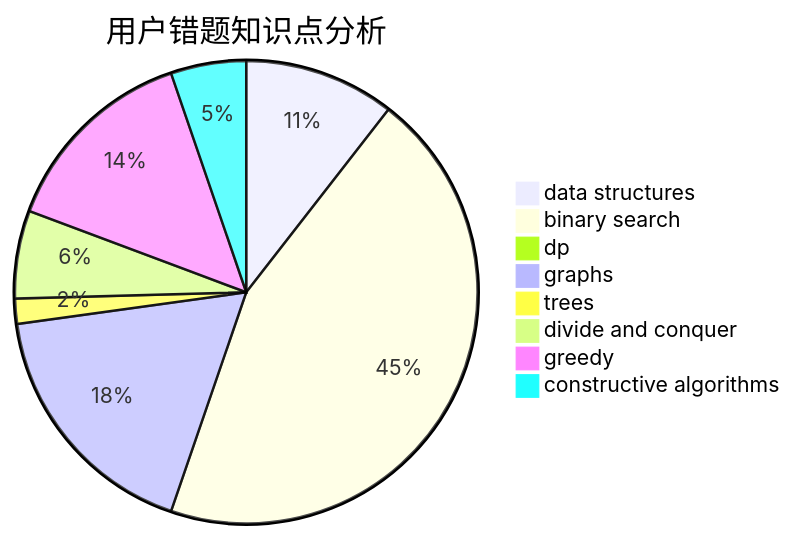
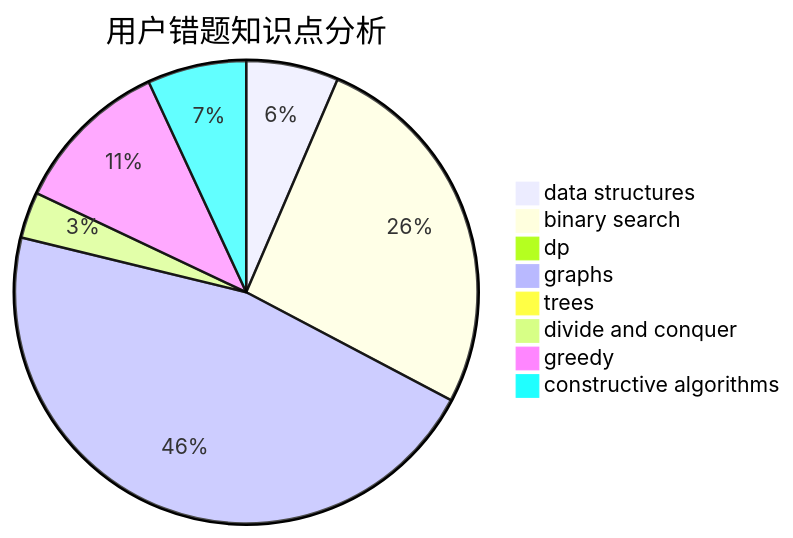
One commit to sherpahu/cfrs.github.io changed the third of 3 diagrams in docs/user/u447.md. Above: the diagram before and after it, drawn with Mermaid. The commit also changed other lines of this file and 2770 other files, not shown here.

````diff
--- a/docs/user/u447.md
+++ b/docs/user/u447.md
@@ -36,11 +36,11 @@
 ```mermaid
 pie title 用户错题知识点分析
-    "data structures" :  12
-    "binary search" :  51
+    "data structures" :  14
+    "binary search" :  57
     "dp" :  0
-    "graphs" :  20
+    "graphs" :  100
     "trees" :  2
     "divide and conquer" :  7
-    "greedy" :  16
-    "constructive algorithms" :  6
+    "greedy" :  24
+    "constructive algorithms" :  15
 ```
````
